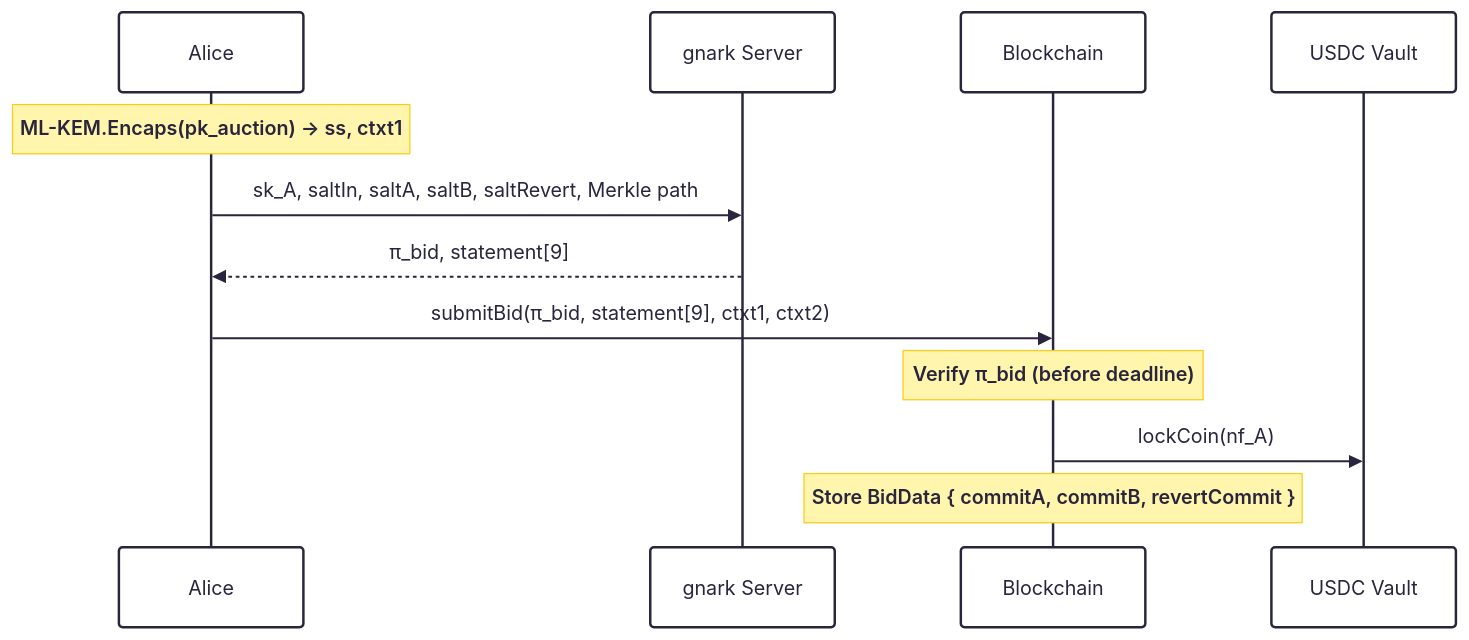
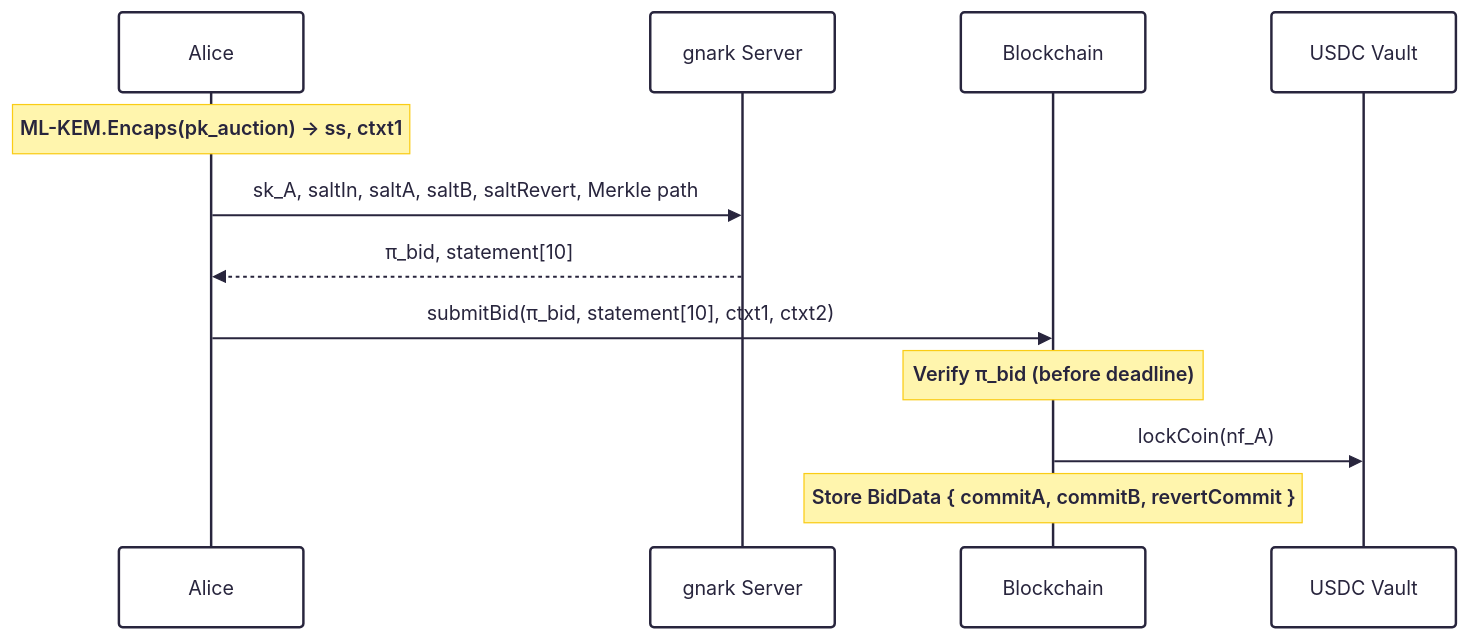
The third of 10 diagrams in enygma_dvp_auctions/docs/protocol_description.md (raylsnetwork/Enygma), drawn with Mermaid before and after one commit. The commit also changed other lines of this file and 22 other files, not shown here.

````diff
--- a/enygma_dvp_auctions/docs/protocol_description.md
+++ b/enygma_dvp_auctions/docs/protocol_description.md
@@ -274,21 +274,21 @@
 ```mermaid
 ---
 config:
   theme: redux
   look: handDrawn
 ---
 sequenceDiagram
     participant Alice
     participant gnark as gnark Server
     participant Chain as Blockchain
     participant Vault as USDC Vault
 
     note over Alice: ML-KEM.Encaps(pk_auction) → ss, ctxt1
     Alice->>gnark: sk_A, saltIn, saltA, saltB, saltRevert, Merkle path
-    gnark-->>Alice: π_bid, statement[9]
+    gnark-->>Alice: π_bid, statement[10]
 
-    Alice->>Chain: submitBid(π_bid, statement[9], ctxt1, ctxt2)
+    Alice->>Chain: submitBid(π_bid, statement[10], ctxt1, ctxt2)
     note over Chain: Verify π_bid (before deadline)
     Chain->>Vault: lockCoin(nf_A)
     note over Chain: Store BidData { commitA, commitB, revertCommit }
 ```
````
